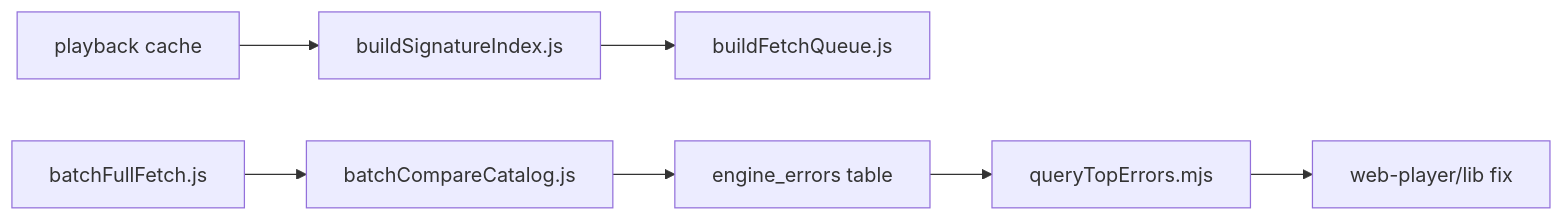
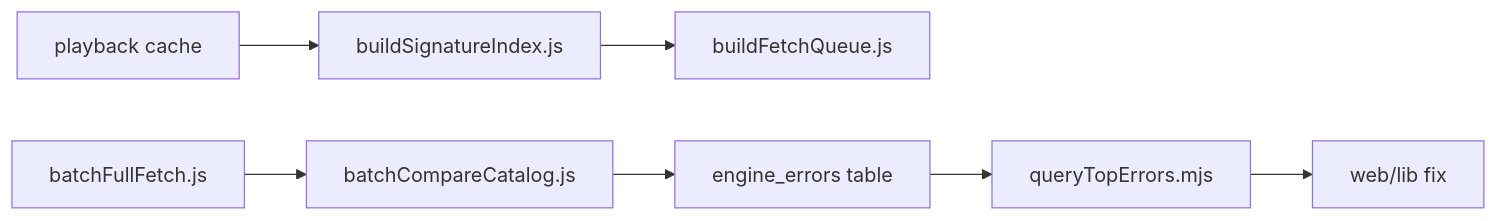
One commit to briansgithub/acquiring changed the second of 2 diagrams in ORACLE_GUIDE/README.md. Above: the diagram before and after it, drawn with Mermaid. The commit also changed other lines of this file and 173 other files, not shown here.

````diff
--- a/ORACLE_GUIDE/README.md
+++ b/ORACLE_GUIDE/README.md
@@ -65,9 +65,9 @@
 ```mermaid
 flowchart LR
   Cache["playback cache"] --> SigIdx["buildSignatureIndex.js"]
   SigIdx --> FetchQ["buildFetchQueue.js"]
   Full["batchFullFetch.js"] --> Compare["batchCompareCatalog.js"]
   Compare --> SQL["engine_errors table"]
   SQL --> Report["queryTopErrors.mjs"]
-  Report --> Fix["web-player/lib fix"]
+  Report --> Fix["web/lib fix"]
 ```
````
